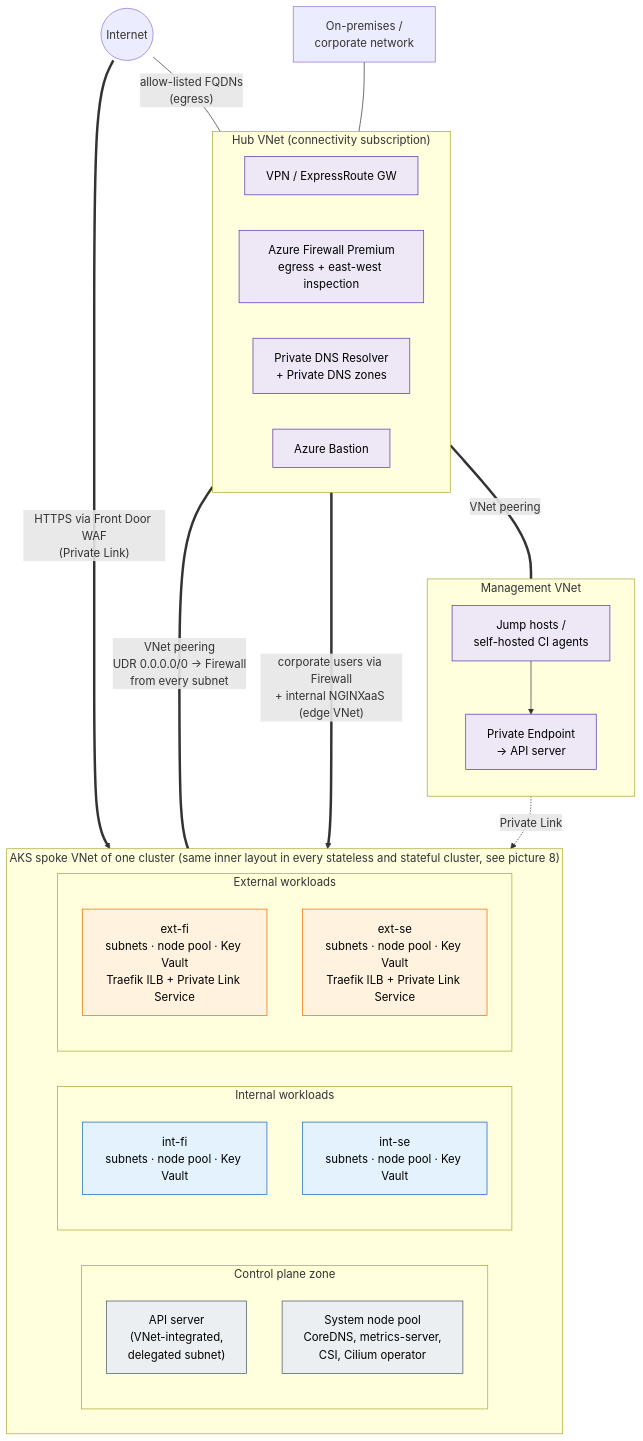
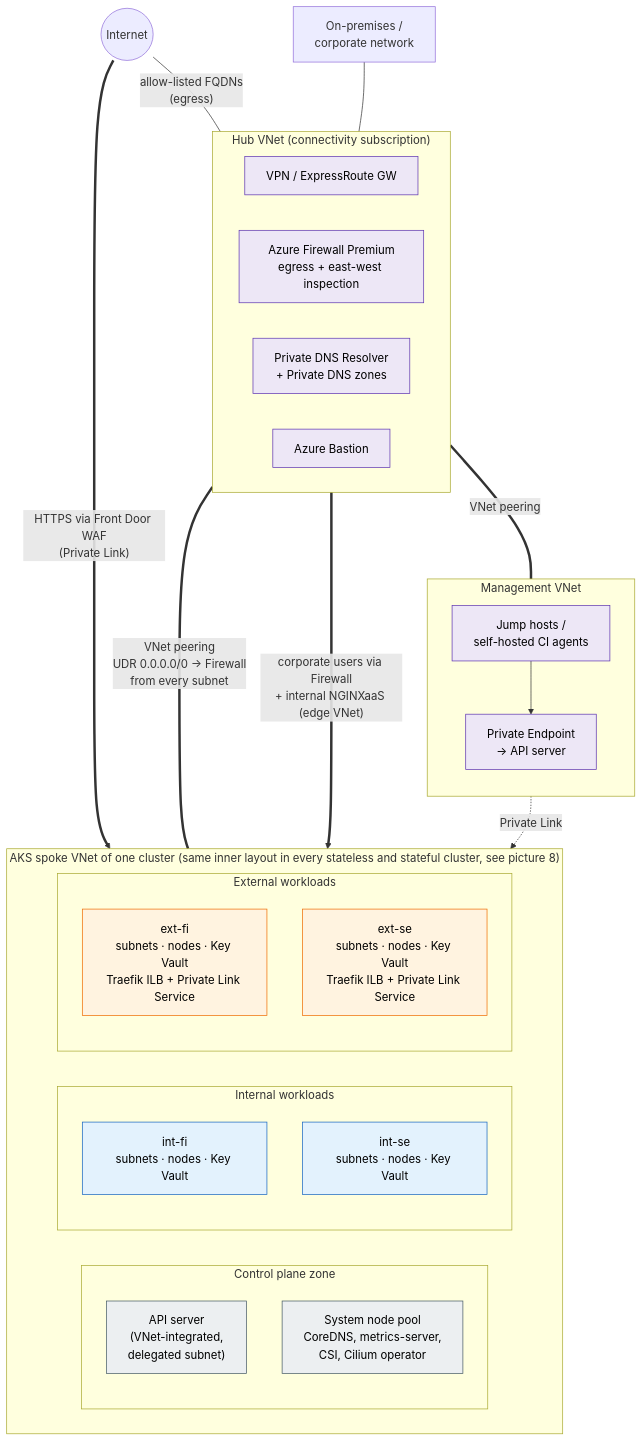
Before and after one commit to olljanat-ai/aks-design: the diagram in diagrams/01-overview.mmd, drawn with Mermaid. The commit also changed 12 other files, not shown here.

```diff
--- a/diagrams/01-overview.mmd
+++ b/diagrams/01-overview.mmd
@@ -1,54 +1,54 @@
 %% High-level landing zone: hub, management network and the AKS spoke with isolation zones
 flowchart TB
     internet(("Internet"))
     onprem["On-premises /<br/>corporate network"]
 
     subgraph HUB["Hub VNet (connectivity subscription)"]
         direction LR
         gw["VPN / ExpressRoute GW"]
         fw["Azure Firewall Premium<br/>egress + east-west inspection"]
         dns["Private DNS Resolver<br/>+ Private DNS zones"]
         bastion["Azure Bastion"]
     end
 
     subgraph MGMT["Management VNet"]
         direction TB
         jump["Jump hosts /<br/>self-hosted CI agents"]
         pe_api["Private Endpoint<br/>→ API server"]
     end
 
     subgraph SPOKE["AKS spoke VNet of one cluster (same inner layout in every stateless and stateful cluster, see picture 8)"]
         direction LR
         subgraph CP["Control plane zone"]
             direction TB
             api["API server<br/>(VNet-integrated,<br/>delegated subnet)"]
             sys["System node pool<br/>CoreDNS, metrics-server,<br/>CSI, Cilium operator"]
         end
         subgraph INT["Internal workloads"]
             direction TB
-            intfi["int-fi<br/>subnets · node pool · Key Vault"]
-            intse["int-se<br/>subnets · node pool · Key Vault"]
+            intfi["int-fi<br/>subnets · nodes · Key Vault"]
+            intse["int-se<br/>subnets · nodes · Key Vault"]
         end
         subgraph EXT["External workloads"]
             direction TB
-            extfi["ext-fi<br/>subnets · node pool · Key Vault<br/>Traefik ILB + Private Link Service"]
-            extse["ext-se<br/>subnets · node pool · Key Vault<br/>Traefik ILB + Private Link Service"]
+            extfi["ext-fi<br/>subnets · nodes · Key Vault<br/>Traefik ILB + Private Link Service"]
+            extse["ext-se<br/>subnets · nodes · Key Vault<br/>Traefik ILB + Private Link Service"]
         end
     end
 
     onprem --- gw
     internet ---|"allow-listed FQDNs<br/>(egress)"| fw
     HUB ===|"VNet peering"| MGMT
     HUB ===|"VNet peering<br/>UDR 0.0.0.0/0 → Firewall<br/>from every subnet"| SPOKE
     jump --> pe_api -.->|"Private Link"| api
     internet ==>|"HTTPS via Front Door WAF<br/>(Private Link)"| EXT
     fw ==>|"corporate users via Firewall<br/>+ internal NGINXaaS (edge VNet)"| INT
 
     classDef hub fill:#ede7f6,stroke:#5e35b1,color:#000
     classDef cp fill:#eceff1,stroke:#455a64,color:#000
     classDef int fill:#e3f2fd,stroke:#1565c0,color:#000
     classDef ext fill:#fff3e0,stroke:#ef6c00,color:#000
     class fw,dns,gw,bastion,jump,pe_api hub
     class api,sys cp
     class intfi,intse int
     class extfi,extse ext
```
